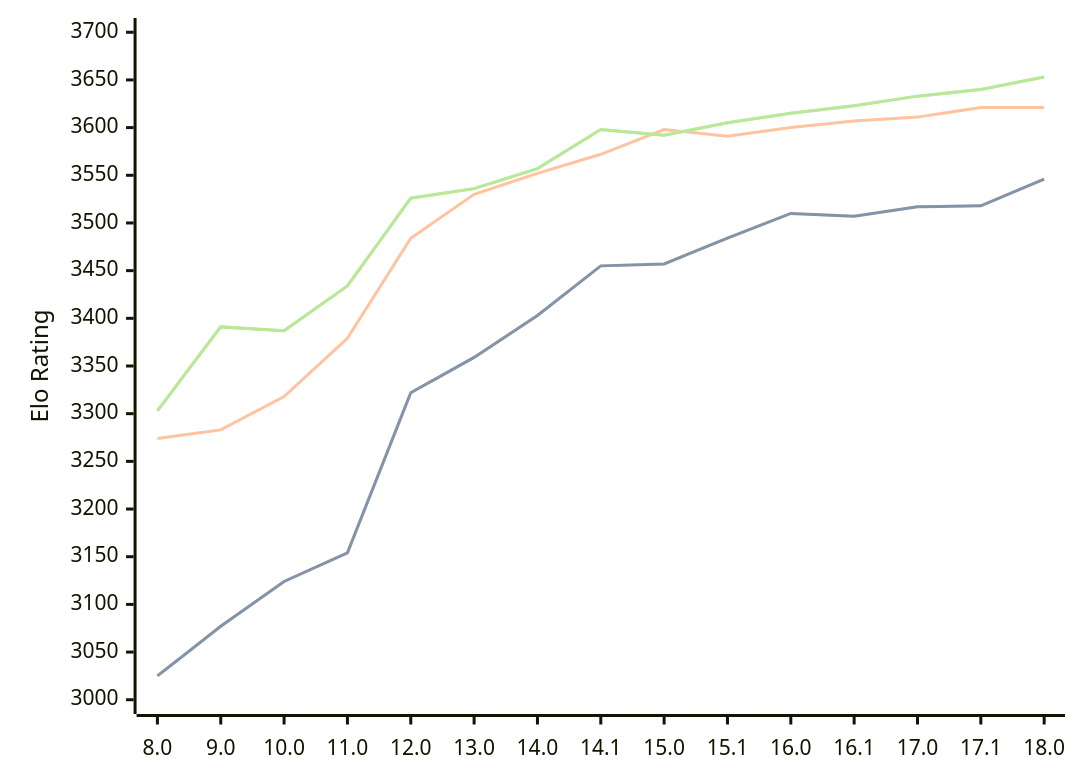
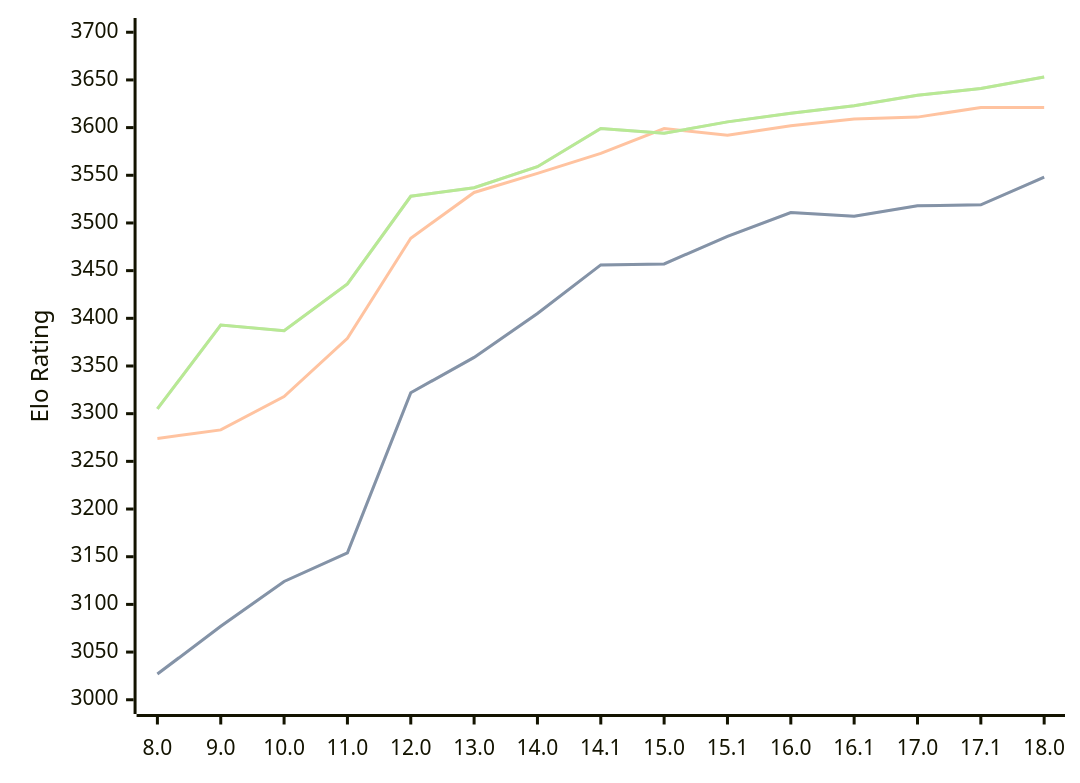
One commit to computer-chess-index/cci changed the diagram in engines/Stockfish.md. Above: the diagram before and after it, drawn with Mermaid. The commit also changed other lines of this file, not shown here.

Commit message:
Update CCI Ratings (ELO VLTC) - 2026-04-25

````diff
--- a/engines/Stockfish.md
+++ b/engines/Stockfish.md
@@ -46,11 +46,11 @@
 ```mermaid
 %%{init: {"theme":"base","themeVariables":{"seriesColors:['#a3a3a3','#222221','#faa371']}}}%%
 xychart-beta
   x-axis ["8.0", "9.0", "10.0", "11.0", "12.0", "13.0", "14.0", "14.1", "15.0", "15.1", "16.0", "16.1", "17.0", "17.1", "18.0"]
   y-axis "Elo Rating" 3000 --> 3700
-  line "STC (8.0+0.08s)" [3025, 3077, 3124, 3154, 3322, 3359, 3403, 3455, 3457, 3484, 3510, 3507, 3517, 3518, 3546]
-  line "STC (8.0+0.08s)" [3025, 3077, 3124, 3154, 3322, 3359, 3403, 3455, 3457, 3484, 3510, 3507, 3517, 3518, 3546]
-  line "LTC (60.0+0.60s)" [3274, 3283, 3318, 3379, 3484, 3530, 3552, 3572, 3598, 3591, 3600, 3607, 3611, 3621, 3621]
-  line "VLTC (2m24s+1.12s)" [3303, 3391, 3387, 3434, 3526, 3536, 3557, 3598, 3592, 3605, 3615, 3623, 3633, 3640, 3653]
-  line "VLTC (2m24s+1.12s)" [3303, 3391, 3387, 3434, 3526, 3536, 3557, 3598, 3592, 3605, 3615, 3623, 3633, 3640, 3653]
+  line "STC (8.0+0.08s)" [3027, 3077, 3124, 3154, 3322, 3359, 3405, 3456, 3457, 3486, 3511, 3507, 3518, 3519, 3548]
+  line "STC (8.0+0.08s)" [3027, 3077, 3124, 3154, 3322, 3359, 3405, 3456, 3457, 3486, 3511, 3507, 3518, 3519, 3548]
+  line "LTC (60.0+0.60s)" [3274, 3283, 3318, 3379, 3484, 3532, 3552, 3573, 3599, 3592, 3602, 3609, 3611, 3621, 3621]
+  line "VLTC (2m24s+1.12s)" [3305, 3393, 3387, 3436, 3528, 3537, 3559, 3599, 3594, 3606, 3615, 3623, 3634, 3641, 3653]
+  line "VLTC (2m24s+1.12s)" [3305, 3393, 3387, 3436, 3528, 3537, 3559, 3599, 3594, 3606, 3615, 3623, 3634, 3641, 3653]
 ```
````
